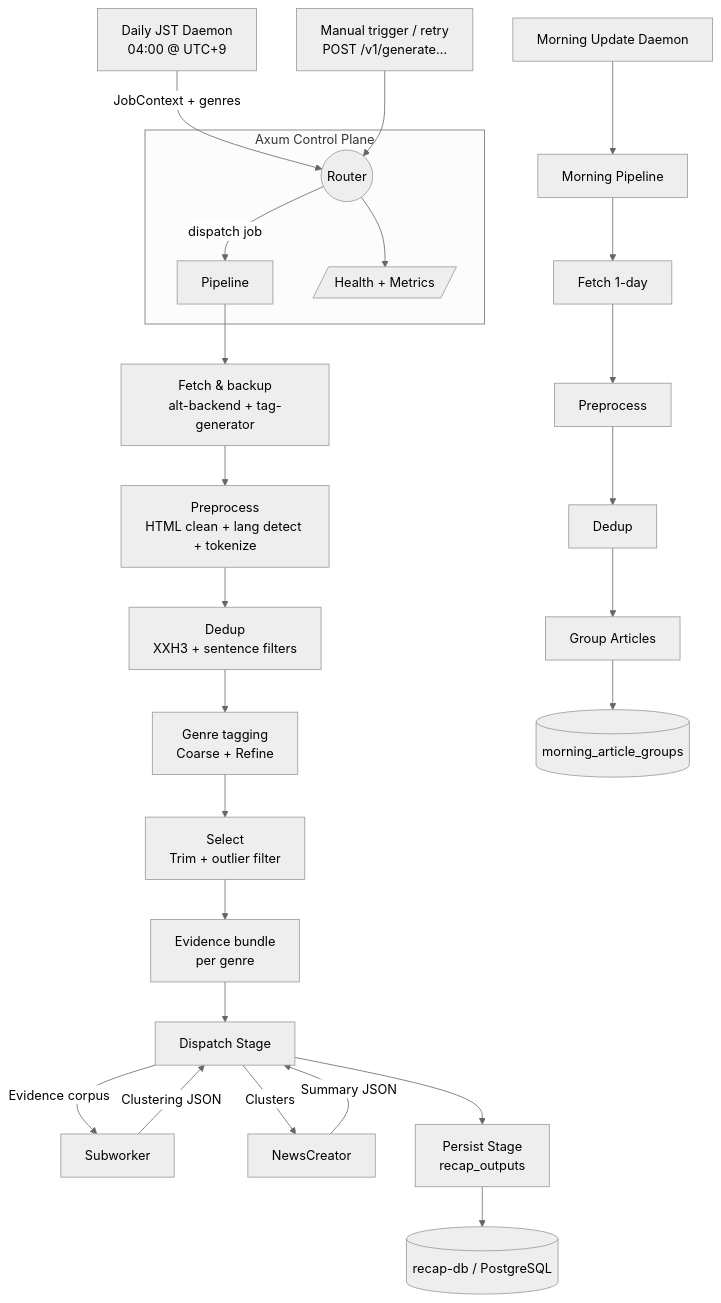
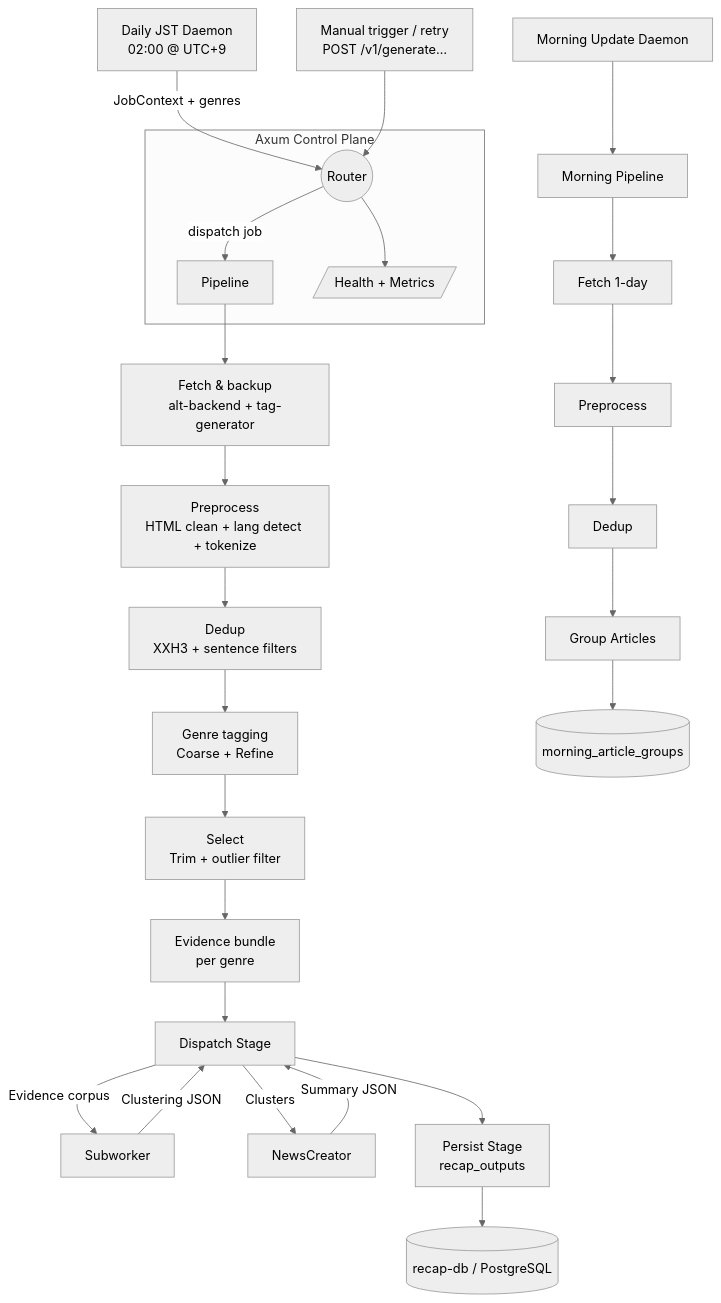
One commit to Kaikei-e/Alt changed the diagram in recap-worker/README.md. Above: the diagram before and after it, drawn with Mermaid (neutral theme). The commit also changed other lines of this file and 1 other file, not shown here.

Commit message:
docs(recap-worker): correct batch schedule time and main-window description

````diff
--- a/recap-worker/README.md
+++ b/recap-worker/README.md
@@ -18,29 +18,29 @@
 ```mermaid
 flowchart TD
-    Scheduler[Daily JST Daemon<br/>04:00 @ UTC+9] -->|JobContext + genres| API
+    Scheduler[Daily JST Daemon<br/>02:00 @ UTC+9] -->|JobContext + genres| API
     Admin[Manual trigger / retry<br/>POST /v1/generate…] --> API
     subgraph Axum Control Plane
         API((Router)) -->|dispatch job| Pipeline
         API --> Health[/Health + Metrics/]
     end
     Pipeline --> FetchStage[Fetch & backup<br/>alt-backend + tag-generator]
     FetchStage --> PreStage[Preprocess<br/>HTML clean + lang detect + tokenize]
     PreStage --> DedupStage[Dedup<br/>XXH3 + sentence filters]
     DedupStage --> GenreStage[Genre tagging<br/>Coarse + Refine]
     GenreStage --> SelectStage[Select<br/>Trim + outlier filter]
     SelectStage --> Evidence[Evidence bundle<br/>per genre]
     Evidence --> Dispatch[Dispatch Stage]
     Dispatch -->|Evidence corpus| Subworker
     Dispatch -->|Clusters| NewsCreator
     Subworker -->|Clustering JSON| Dispatch
     NewsCreator -->|Summary JSON| Dispatch
     Dispatch --> Persist[Persist Stage<br/>recap_outputs]
     Persist --> RecapDB[(recap-db / PostgreSQL)]
 
     MorningScheduler[Morning Update Daemon] --> MorningPipeline[Morning Pipeline]
     MorningPipeline --> MorningFetch[Fetch 1-day]
     MorningFetch --> MorningPre[Preprocess]
     MorningPre --> MorningDedup[Dedup]
     MorningDedup --> MorningGroup[Group Articles]
     MorningGroup --> MorningDB[(morning_article_groups)]
 ```
````
